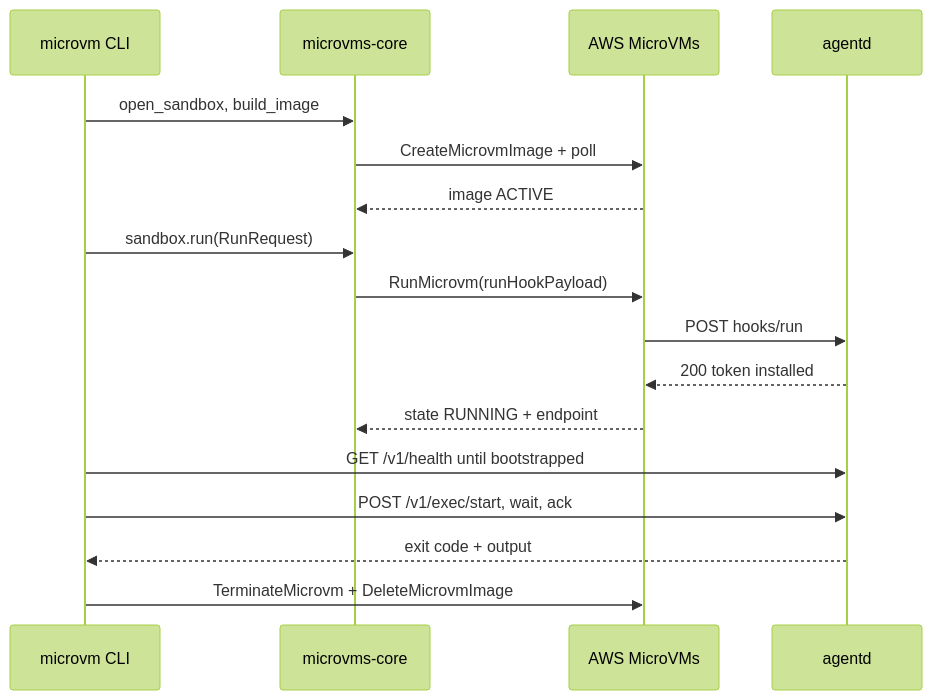
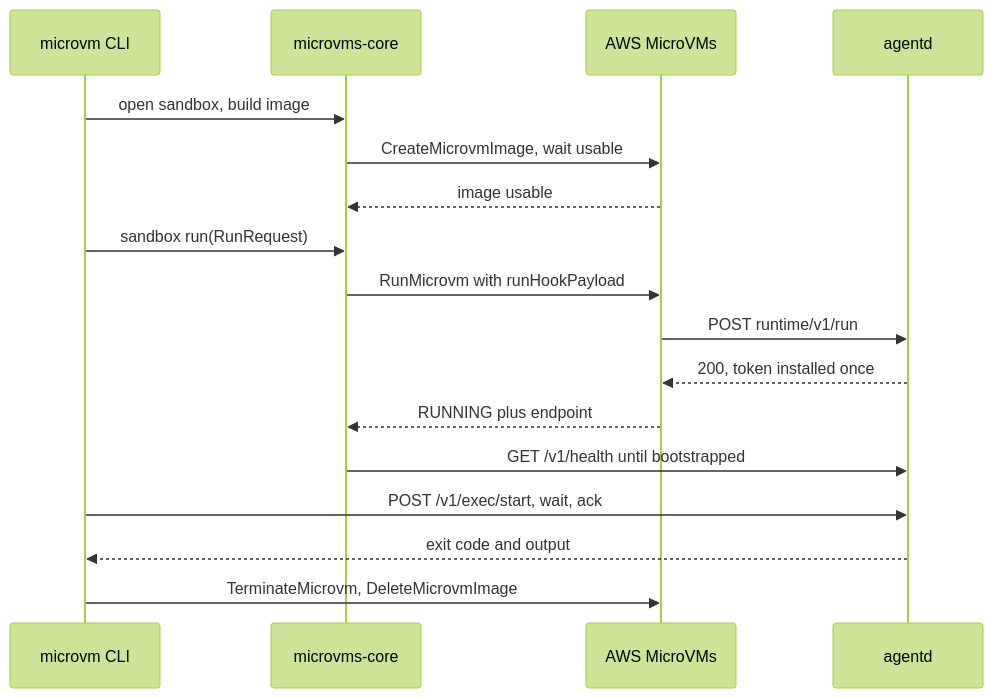
One commit to theagenticguy/microvms-agentd changed the first of 3 diagrams in docs/architecture/data-flow.md. Above: the diagram before and after it, drawn with Mermaid (forest theme). The commit also changed other lines of this file and 19 other files, not shown here.

````diff
--- a/docs/architecture/data-flow.md
+++ b/docs/architecture/data-flow.md
@@ -39,19 +56,19 @@
 ```mermaid
 sequenceDiagram
     participant CLI as microvm CLI
     participant Core as microvms-core
     participant AWS as AWS MicroVMs
     participant Daemon as agentd
-    CLI->>Core: open_sandbox, build_image
-    Core->>AWS: CreateMicrovmImage + poll
-    AWS-->>Core: image ACTIVE
-    CLI->>Core: sandbox.run(RunRequest)
-    Core->>AWS: RunMicrovm(runHookPayload)
-    AWS->>Daemon: POST hooks/run
-    Daemon-->>AWS: 200 token installed
-    AWS-->>Core: state RUNNING + endpoint
-    CLI->>Daemon: GET /v1/health until bootstrapped
+    CLI->>Core: open sandbox, build image
+    Core->>AWS: CreateMicrovmImage, wait usable
+    AWS-->>Core: image usable
+    CLI->>Core: sandbox run(RunRequest)
+    Core->>AWS: RunMicrovm with runHookPayload
+    AWS->>Daemon: POST runtime/v1/run
+    Daemon-->>AWS: 200, token installed once
+    AWS-->>Core: RUNNING plus endpoint
+    Core->>Daemon: GET /v1/health until bootstrapped
     CLI->>Daemon: POST /v1/exec/start, wait, ack
-    Daemon-->>CLI: exit code + output
-    CLI->>AWS: TerminateMicrovm + DeleteMicrovmImage
+    Daemon-->>CLI: exit code and output
+    CLI->>AWS: TerminateMicrovm, DeleteMicrovmImage
 ```
````
